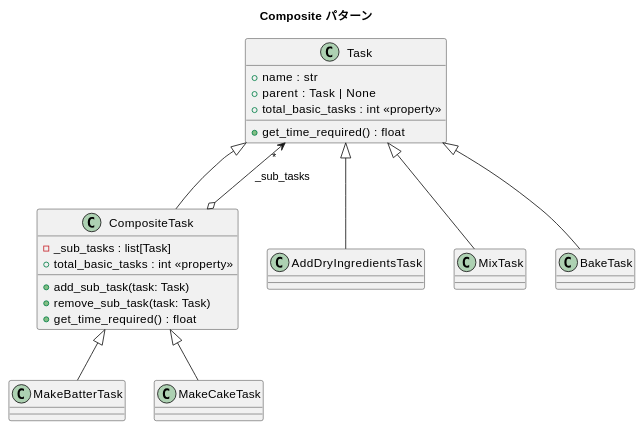
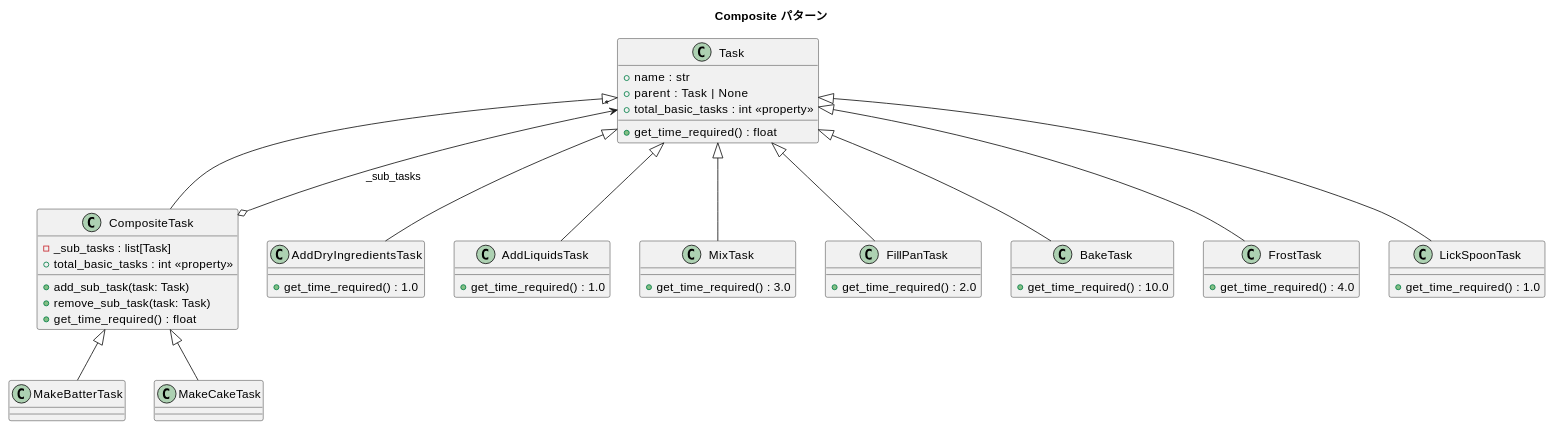
Before and after one commit to k2works/getting-started-design-pattern: the diagram in docs/article/python/07-composite.md, drawn with PlantUML. The commit also changed other lines of this file and 5 other files, not shown here.

````diff
--- a/docs/article/python/07-composite.md
+++ b/docs/article/python/07-composite.md
@@ -13,36 +13,58 @@
 ```plantuml
 @startuml
 title Composite パターン
 
 class Task {
   + name : str
   + parent : Task | None
   + get_time_required() : float
   + total_basic_tasks : int <<property>>
 }
 
 class CompositeTask {
   - _sub_tasks : list[Task]
   + add_sub_task(task: Task)
   + remove_sub_task(task: Task)
   + get_time_required() : float
   + total_basic_tasks : int <<property>>
 }
 
-class AddDryIngredientsTask
-class MixTask
-class BakeTask
+class AddDryIngredientsTask {
+  + get_time_required() : 1.0
+}
+class AddLiquidsTask {
+  + get_time_required() : 1.0
+}
+class MixTask {
+  + get_time_required() : 3.0
+}
+class FillPanTask {
+  + get_time_required() : 2.0
+}
+class BakeTask {
+  + get_time_required() : 10.0
+}
+class FrostTask {
+  + get_time_required() : 4.0
+}
+class LickSpoonTask {
+  + get_time_required() : 1.0
+}
 
 class MakeBatterTask
 class MakeCakeTask
 
 Task <|-- CompositeTask
 Task <|-- AddDryIngredientsTask
+Task <|-- AddLiquidsTask
 Task <|-- MixTask
+Task <|-- FillPanTask
 Task <|-- BakeTask
+Task <|-- FrostTask
+Task <|-- LickSpoonTask
 CompositeTask <|-- MakeBatterTask
 CompositeTask <|-- MakeCakeTask
 
 CompositeTask o--> "*" Task : _sub_tasks
 @enduml
 ```
````
